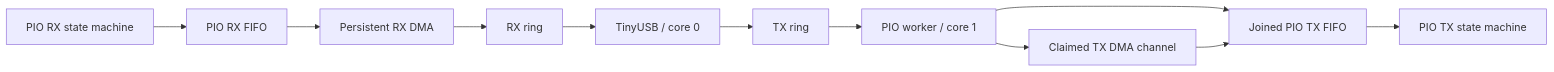
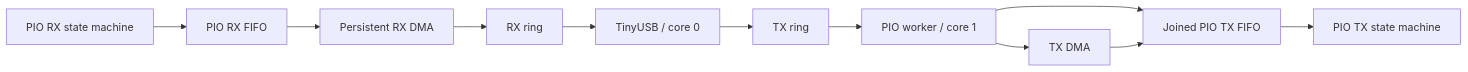
One commit to djwinter29-oss/PicoUart changed the first of 3 diagrams in docs/design/uart/pio-uart-design.md. Above: the diagram before and after it, drawn with Mermaid. The commit also changed other lines of this file and 38 other files, not shown here.

````diff
--- a/docs/design/uart/pio-uart-design.md
+++ b/docs/design/uart/pio-uart-design.md
@@ -21,13 +7,13 @@
 ```mermaid
 flowchart LR
   USB["TinyUSB / core 0"] --> TXRing["TX ring"]
   TXRing --> Worker["PIO worker / core 1"]
   Worker --> TXFIFO["Joined PIO TX FIFO"]
-  Worker --> TXDMA["Claimed TX DMA channel"]
+  Worker --> TXDMA["TX DMA"]
+  TXDMA --> TXFIFO
   TXFIFO --> TXSM["PIO TX state machine"]
-  TXDMA --> TXFIFO
   RXSM["PIO RX state machine"] --> RXFIFO["PIO RX FIFO"]
   RXFIFO --> RXDMA["Persistent RX DMA"]
   RXDMA --> RXRing["RX ring"]
   RXRing --> USB
 ```
````
